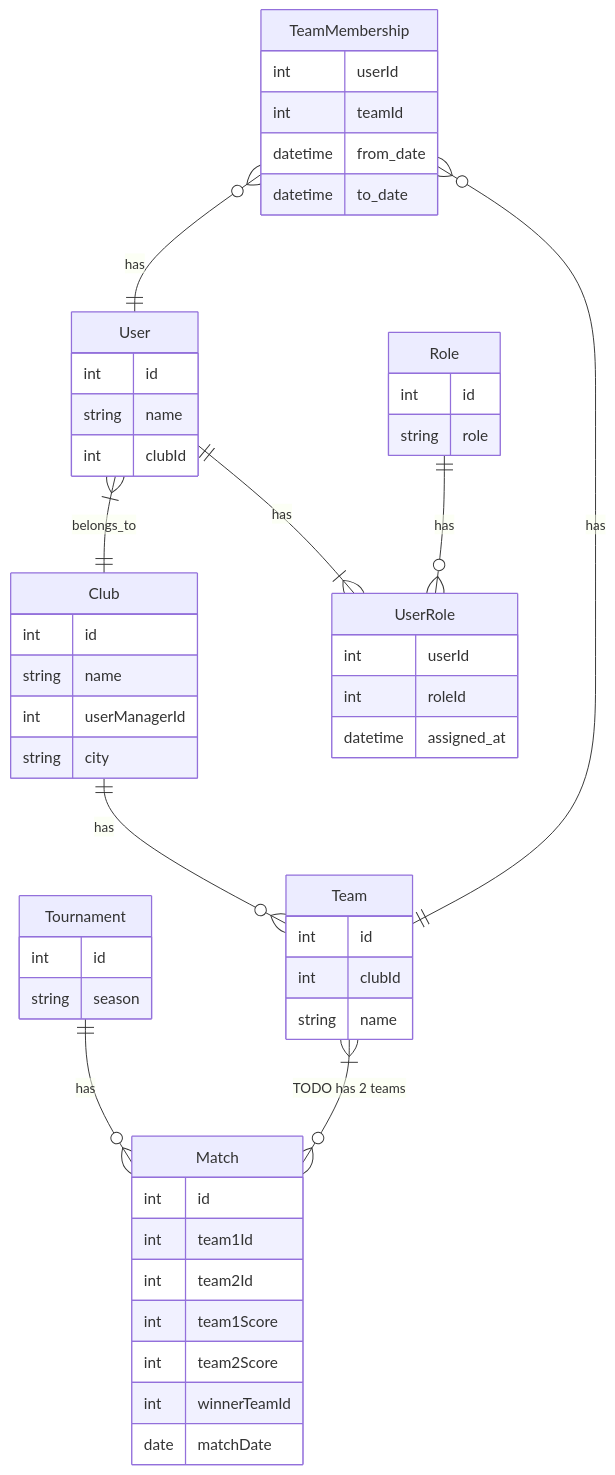
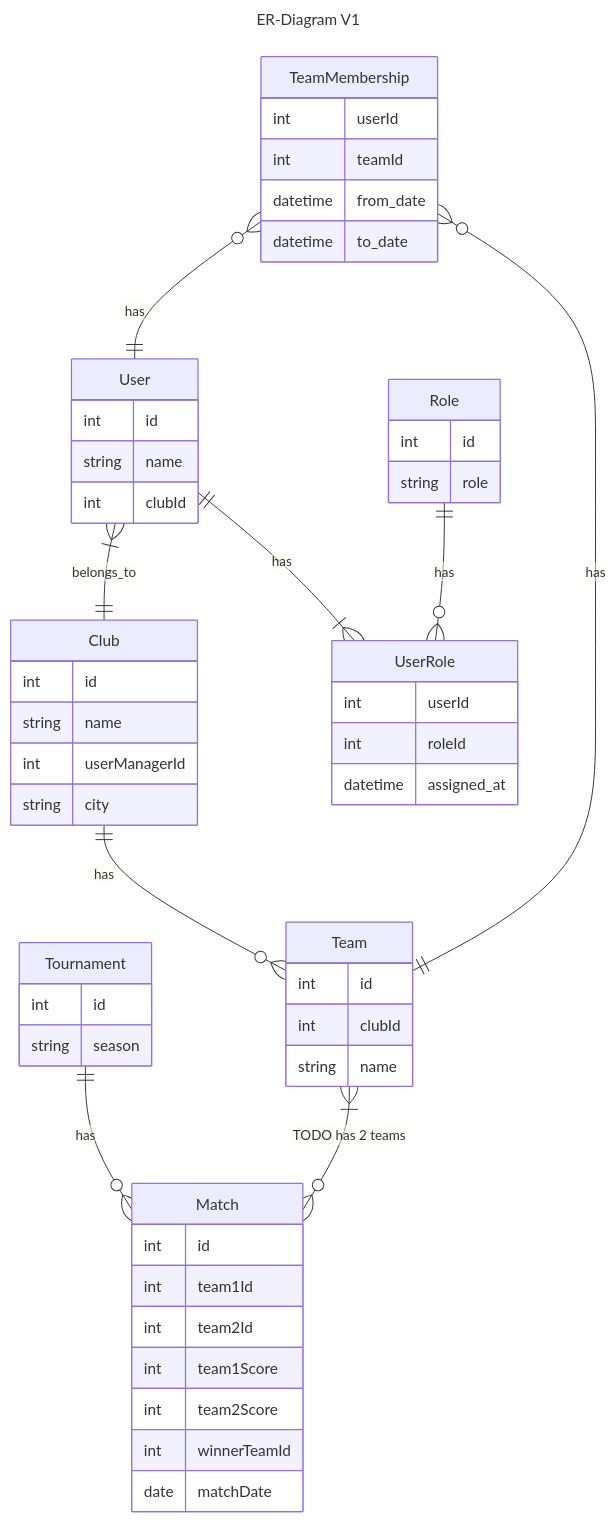
Before and after one commit to TacoKarl/kpolo: the first of 2 diagrams in backend/README.md, drawn with Mermaid. The commit also changed other lines of this file, not shown here.

Commit message:
Updated ERD to match Schema

````diff
--- a/backend/README.md
+++ b/backend/README.md
@@ -30,59 +30,59 @@
 ```mermaid
 ---
-title ER-Diagram
+title: ER-Diagram V1
 ---
 erDiagram
     User }|--|| Club : belongs_to
     User ||--|{ UserRole : has
     Role ||--o{ UserRole : has
     Club ||--o{ Team : has
     Tournament ||--o{ Match : has
     Team }|--o{ Match : "TODO has 2 teams"
     TeamMembership }o--|| User : has
     TeamMembership }o--|| Team : has 
     
     User {
         int id
         string name
         int clubId
     }
     UserRole {
         int userId
         int roleId
         datetime assigned_at
     }
     Role {
         int id
         string role
     }
     Club {
         int id
         string name
         int userManagerId
         string city
     }
     Tournament {
         int id
         string season
     }
     Match {
         int id
         int team1Id
         int team2Id
         int team1Score
         int team2Score
         int winnerTeamId
         date matchDate
     }
     Team {
         int id
         int clubId
         string name
     }
     TeamMembership {
         int userId
         int teamId
         datetime from_date
         datetime to_date
     }
 ```
````
